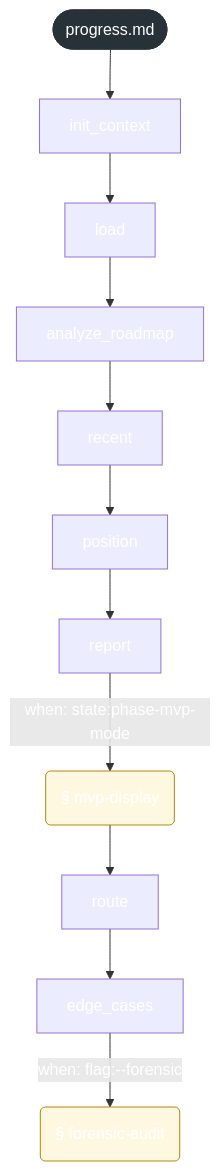
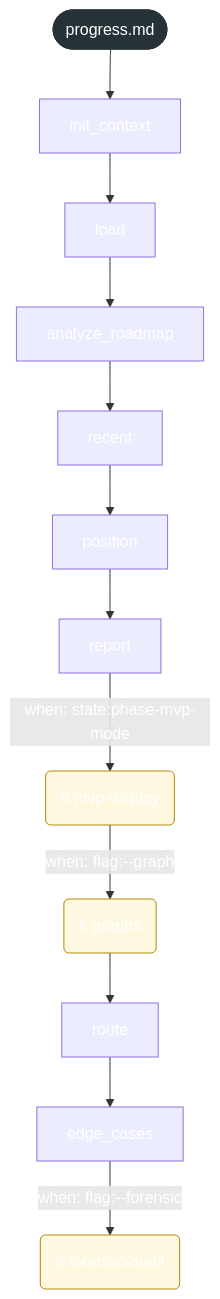
One commit to Govorin/gsd-core changed the diagram in docs/reference/workflow-maps/progress.md. Above: the diagram before and after it, drawn with Mermaid. The commit also changed other lines of this file and 34 other files, not shown here.

````diff
--- a/docs/reference/workflow-maps/progress.md
+++ b/docs/reference/workflow-maps/progress.md
@@ -15,34 +15,36 @@
 ```mermaid
 flowchart TB
   wf_root(["progress.md"]):::root
   u_step_init_context["init_context"]
   u_step_load["load"]
   u_step_analyze_roadmap["analyze_roadmap"]
   u_step_recent["recent"]
   u_step_position["position"]
   u_step_report["report"]
   u_section_mvp_display("§ mvp-display"):::conditional
+  u_section_graphs("§ graphs"):::conditional
   u_step_route["route"]
   u_step_edge_cases["edge_cases"]
   u_section_forensic_audit("§ forensic-audit"):::conditional
   wf_root --> u_step_init_context
   u_step_init_context --> u_step_load
   u_step_load --> u_step_analyze_roadmap
   u_step_analyze_roadmap --> u_step_recent
   u_step_recent --> u_step_position
   u_step_position --> u_step_report
   u_step_report -->|"when#58; state#58;phase-mvp-mode"| u_section_mvp_display
-  u_section_mvp_display --> u_step_route
+  u_section_mvp_display -->|"when#58; flag#58;#45;#45;graph"| u_section_graphs
+  u_section_graphs --> u_step_route
   u_step_route --> u_step_edge_cases
   u_step_edge_cases -->|"when#58; flag#58;#45;#45;forensic"| u_section_forensic_audit
   classDef missing fill:#fdecea,stroke:#d33,stroke-dasharray:4 3
   classDef unparsed fill:#f5f5f5,stroke:#999999,stroke-dasharray:4 3,color:#555
   classDef conditional fill:#fff8e1,stroke:#b28704
   classDef root fill:#263238,color:#ffffff,stroke:#263238
   classDef agent fill:#e8f0fe,stroke:#3367d6
   classDef builtin fill:#eeeeee,stroke:#777777
   classDef capability fill:#e6f4ea,stroke:#2e7d32
   classDef dynamic fill:#f2f2f2,stroke:#888,stroke-dasharray:2 2
   classDef point fill:#f3e8fd,stroke:#8e24aa
   classDef workflow fill:#ffffff,stroke:#555555
 ```
````
